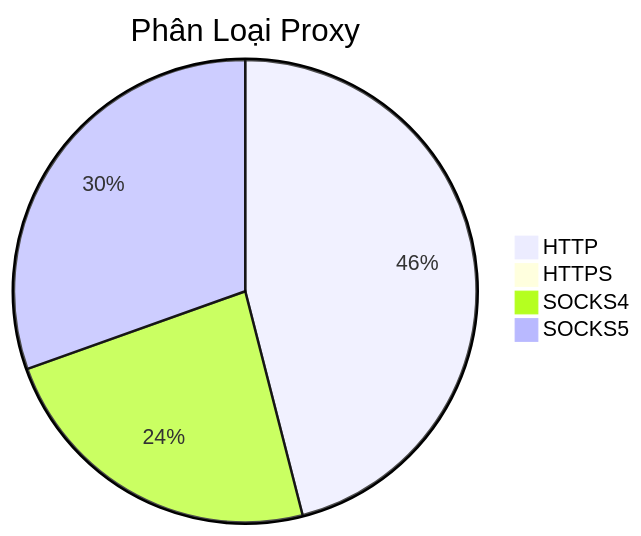
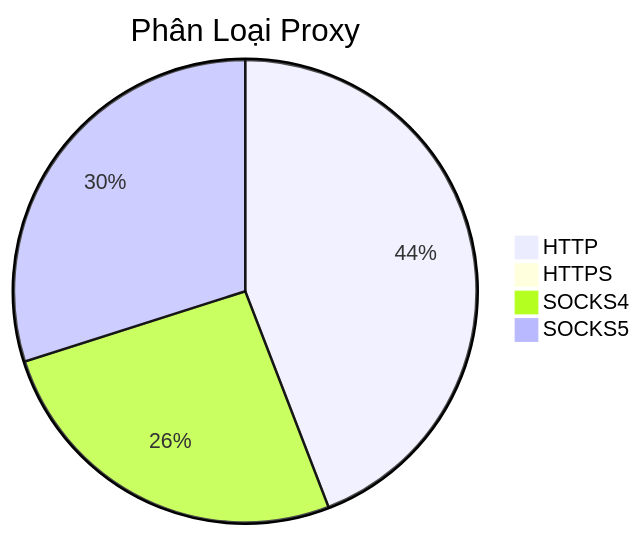
Before and after one commit to Ciara-12/PROXY-free: the diagram in README.md, drawn with Mermaid. The commit also changed other lines of this file and 4 other files, not shown here.

````diff
--- a/README.md
+++ b/README.md
@@ -26,7 +26,7 @@
 ```mermaid
 pie title Phân Loại Proxy
-    "HTTP" : 559
-    "HTTPS" : 0
-    "SOCKS4" : 286
-    "SOCKS5" : 370
+    "HTTP" : 580
+    "HTTPS" : 1
+    "SOCKS4" : 341
+    "SOCKS5" : 393
 ```
````
